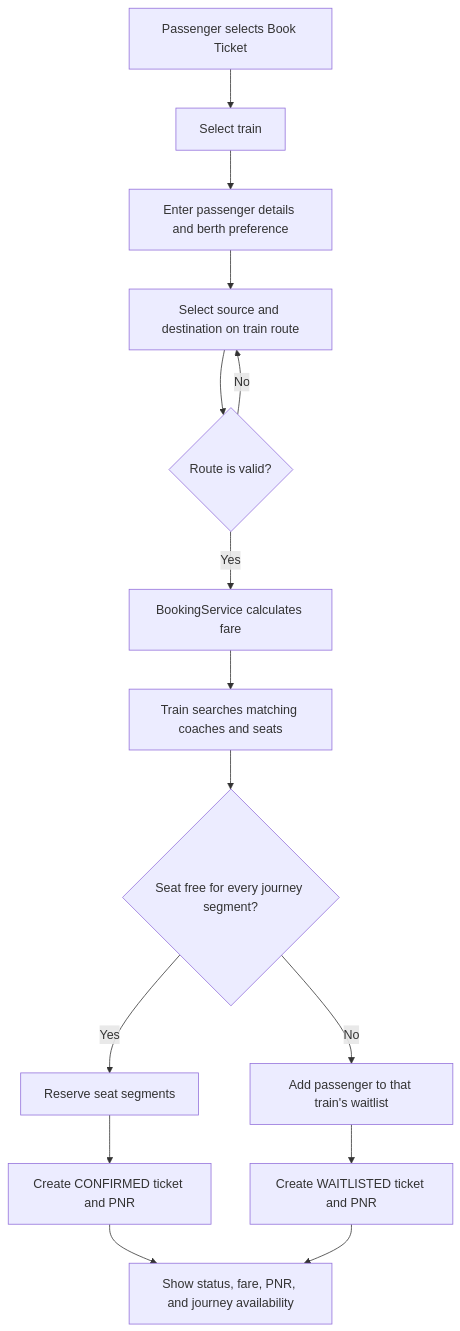
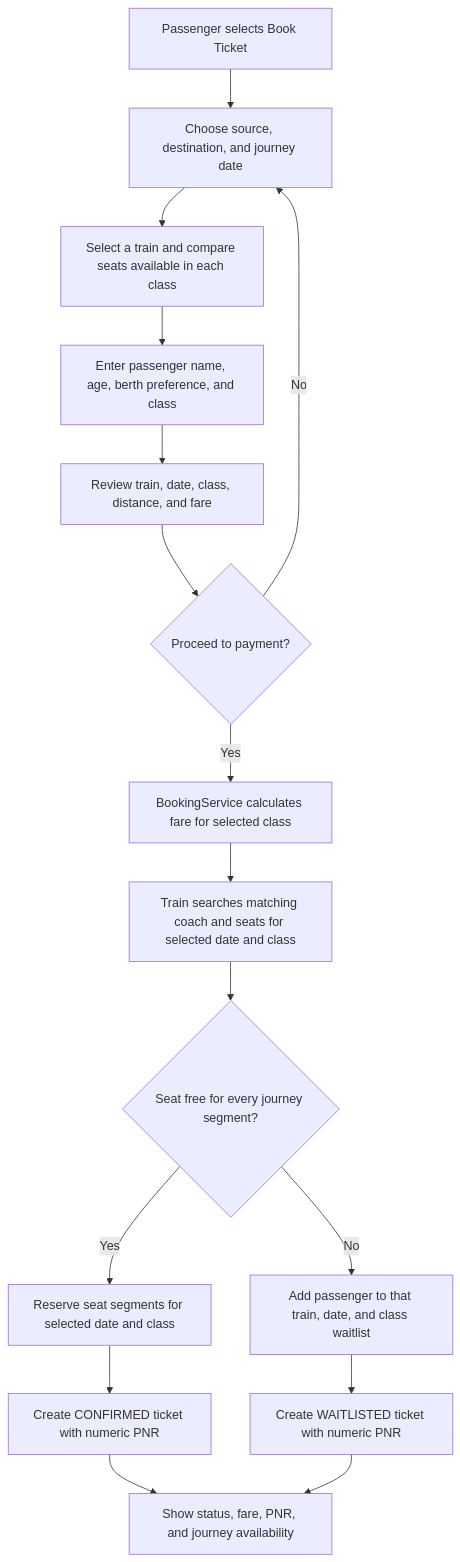
One commit to Kai-0411/RAILWAY-TICKET-MANAGEMENT-SYSTEM changed the first of 3 diagrams in README.md. Above: the diagram before and after it, drawn with Mermaid. The commit also changed other lines of this file, not shown here.

Commit message:
Document Swing booking and refund flow

````diff
--- a/README.md
+++ b/README.md
@@ -45,17 +56,18 @@
 ```mermaid
 flowchart TD
-    A[Passenger selects Book Ticket] --> B[Select train]
-    B --> C[Enter passenger details and berth preference]
-    C --> D[Select source and destination on train route]
-    D --> E{Route is valid?}
-    E -- No --> D
-    E -- Yes --> F[BookingService calculates fare]
-    F --> G[Train searches matching coaches and seats]
-    G --> H{Seat free for every journey segment?}
-    H -- Yes --> I[Reserve seat segments]
-    I --> J[Create CONFIRMED ticket and PNR]
-    H -- No --> K[Add passenger to that train's waitlist]
-    K --> L[Create WAITLISTED ticket and PNR]
-    J --> M[Show status, fare, PNR, and journey availability]
-    L --> M
+    A[Passenger selects Book Ticket] --> B[Choose source, destination, and journey date]
+    B --> C[Select a train and compare seats available in each class]
+    C --> D[Enter passenger name, age, berth preference, and class]
+    D --> E[Review train, date, class, distance, and fare]
+    E --> F{Proceed to payment?}
+    F -- No --> B
+    F -- Yes --> G[BookingService calculates fare for selected class]
+    G --> H[Train searches matching coach and seats for selected date and class]
+    H --> I{Seat free for every journey segment?}
+    I -- Yes --> J[Reserve seat segments for selected date and class]
+    J --> K[Create CONFIRMED ticket with numeric PNR]
+    I -- No --> L[Add passenger to that train, date, and class waitlist]
+    L --> M[Create WAITLISTED ticket with numeric PNR]
+    K --> N[Show status, fare, PNR, and journey availability]
+    M --> N
 ```
````
